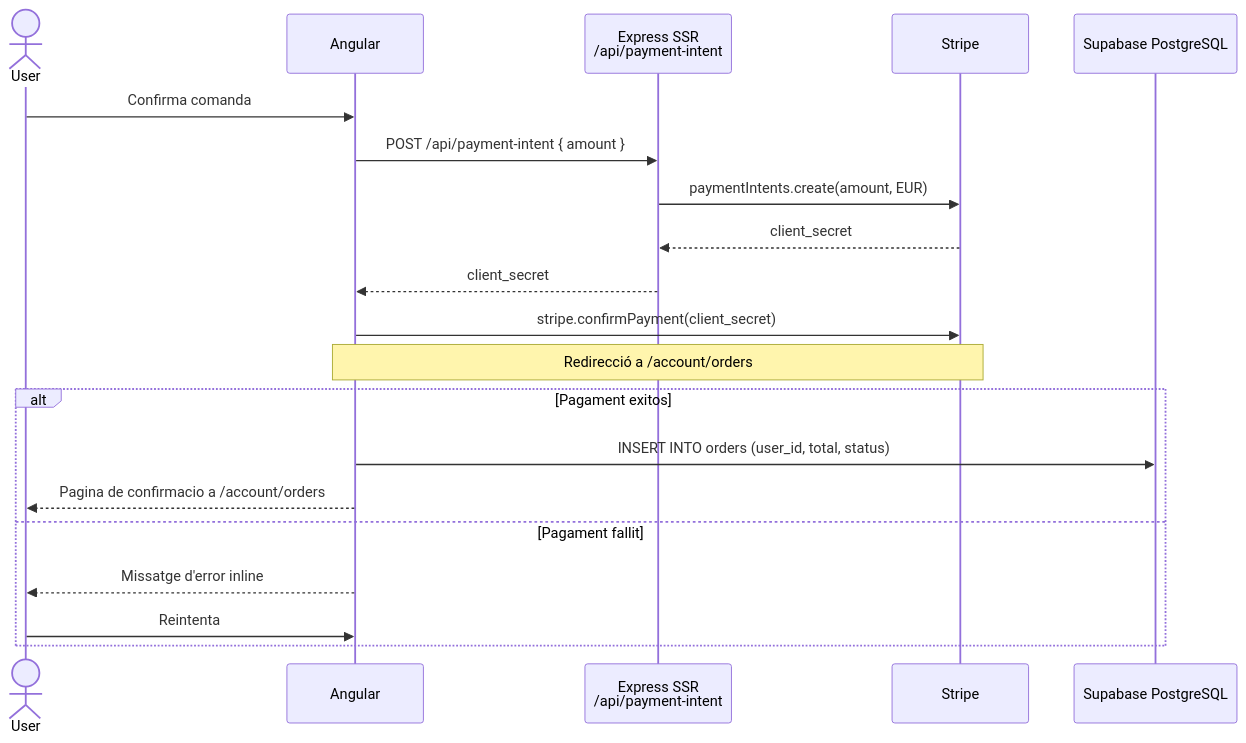
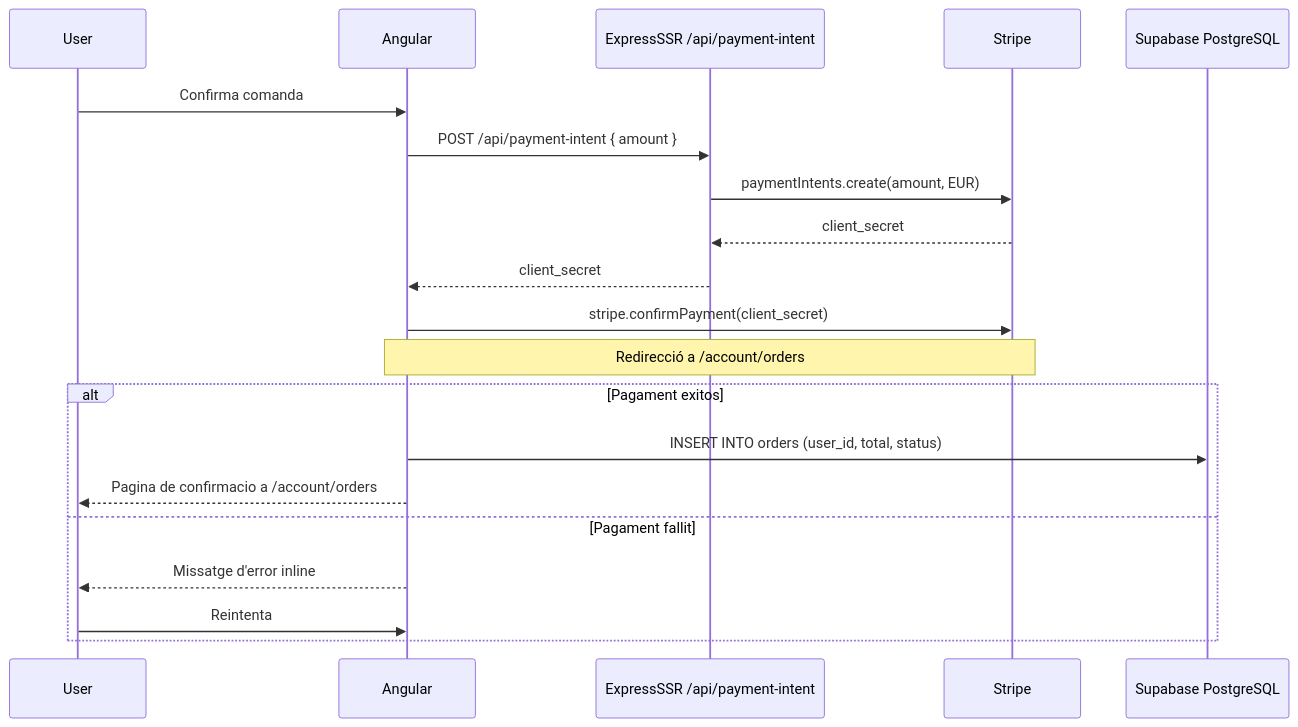
The sixth of 8 diagrams in DIAGRAMS.md (isahun/winter-garden), drawn with Mermaid before and after one commit. The commit also changed other lines of this file, not shown here.

Commit message:
docs(diagrams): fix diagram visualization, ctrl shift v to visualize

````diff
--- a/DIAGRAMS.md
+++ b/DIAGRAMS.md
@@ -256,24 +256,24 @@
 ```mermaid
 sequenceDiagram
-    actor User
+    participant User
     participant Angular
-    participant SSR as Express SSR<br/>/api/payment-intent
+    participant SSR as ExpressSSR /api/payment-intent
     participant Stripe
     participant DB as Supabase PostgreSQL
 
     User->>Angular: Confirma comanda
     Angular->>SSR: POST /api/payment-intent { amount }
     SSR->>Stripe: paymentIntents.create(amount, EUR)
     Stripe-->>SSR: client_secret
     SSR-->>Angular: client_secret
     Angular->>Stripe: stripe.confirmPayment(client_secret)
     Note over Stripe,Angular: Redirecció a /account/orders
 
     alt Pagament exitos
         Angular->>DB: INSERT INTO orders (user_id, total, status)
         Angular-->>User: Pagina de confirmacio a /account/orders
     else Pagament fallit
         Angular-->>User: Missatge d'error inline
         User->>Angular: Reintenta
     end
 ```
````
